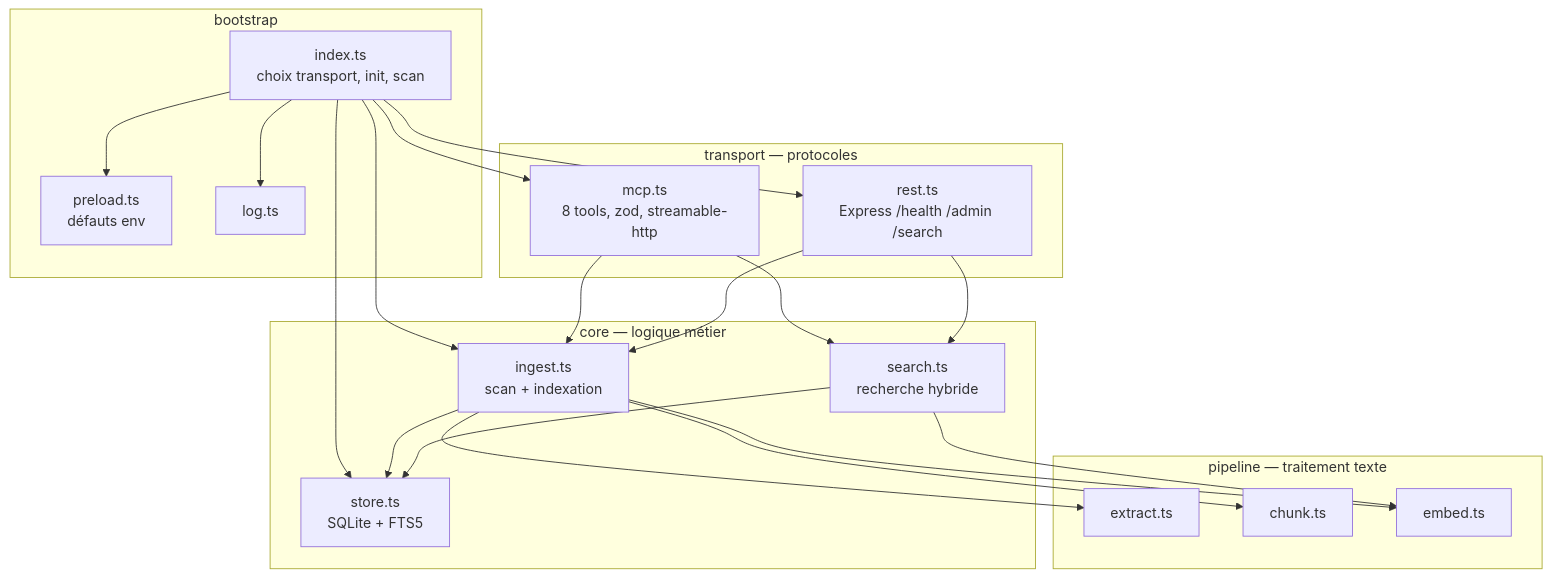
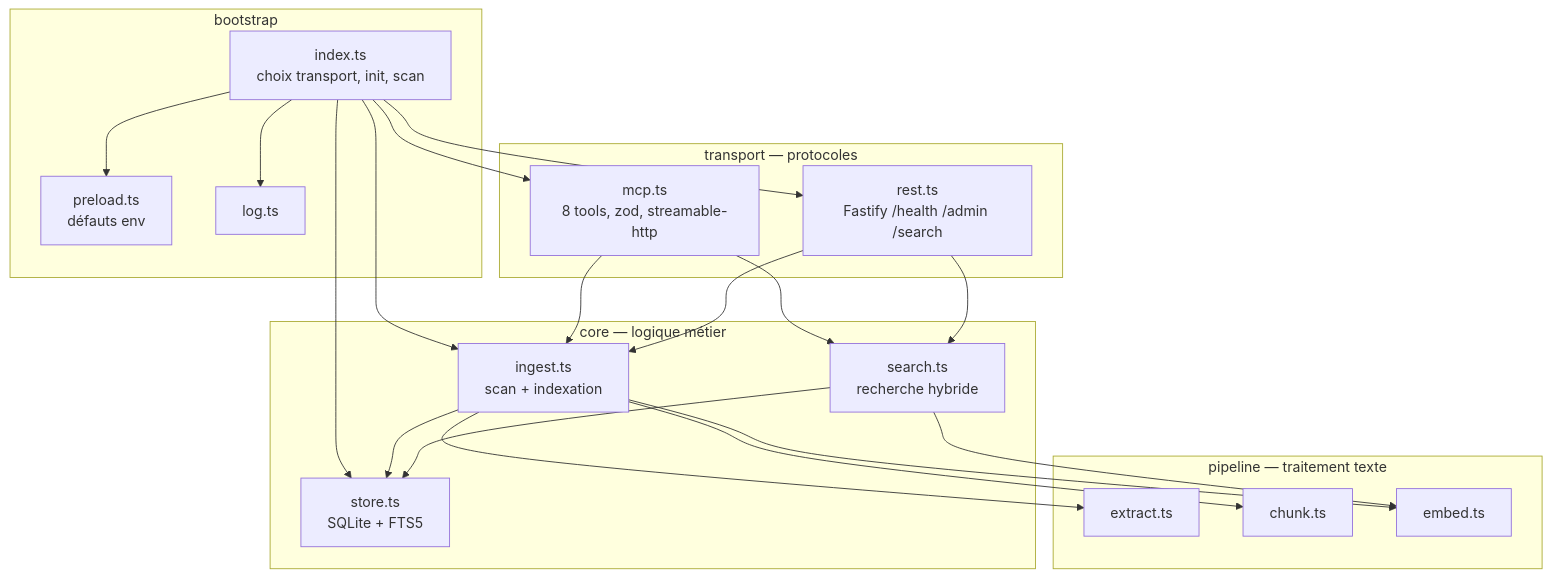
The first of 3 diagrams in docs/guide/architecture.md (openhoat/rag-hub-mcp), drawn with Mermaid before and after one commit. The commit also changed other lines of this file and 1 other file, not shown here.

Commit message:
docs: update architecture guide from Express to Fastify

````diff
--- a/docs/guide/architecture.md
+++ b/docs/guide/architecture.md
@@ -9,42 +9,42 @@
 ```mermaid
 graph TD
     subgraph BOOT["bootstrap"]
         INDEX["index.ts<br/>choix transport, init, scan"]
         PRELOAD["preload.ts<br/>défauts env"]
         LOG["log.ts"]
     end
 
     subgraph TRANSPORT["transport — protocoles"]
         MCP["mcp.ts<br/>8 tools, zod, streamable-http"]
-        REST["rest.ts<br/>Express /health /admin /search"]
+        REST["rest.ts<br/>Fastify /health /admin /search"]
     end
 
     subgraph CORE["core — logique métier"]
         STORE["store.ts<br/>SQLite + FTS5"]
         INGEST["ingest.ts<br/>scan + indexation"]
         SEARCH["search.ts<br/>recherche hybride"]
     end
 
     subgraph PIPELINE["pipeline — traitement texte"]
         EXTRACT["extract.ts"]
         CHUNK["chunk.ts"]
         EMBED["embed.ts"]
     end
 
     INDEX --> PRELOAD
     INDEX --> LOG
     INDEX --> STORE
     INDEX --> INGEST
     INDEX --> MCP
     INDEX --> REST
     MCP --> INGEST
     MCP --> SEARCH
     REST --> INGEST
     REST --> SEARCH
     INGEST --> STORE
     INGEST --> EXTRACT
     INGEST --> CHUNK
     INGEST --> EMBED
     SEARCH --> EMBED
     SEARCH --> STORE
 ```
````
